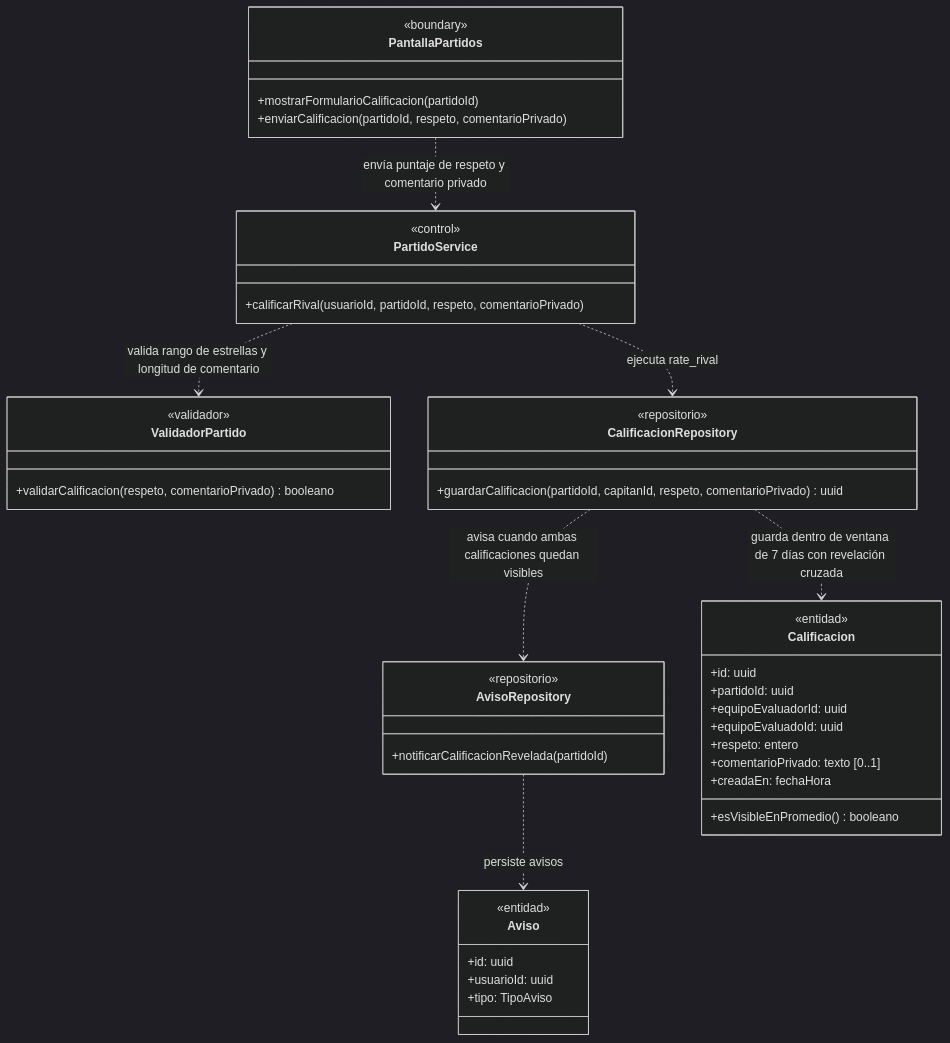
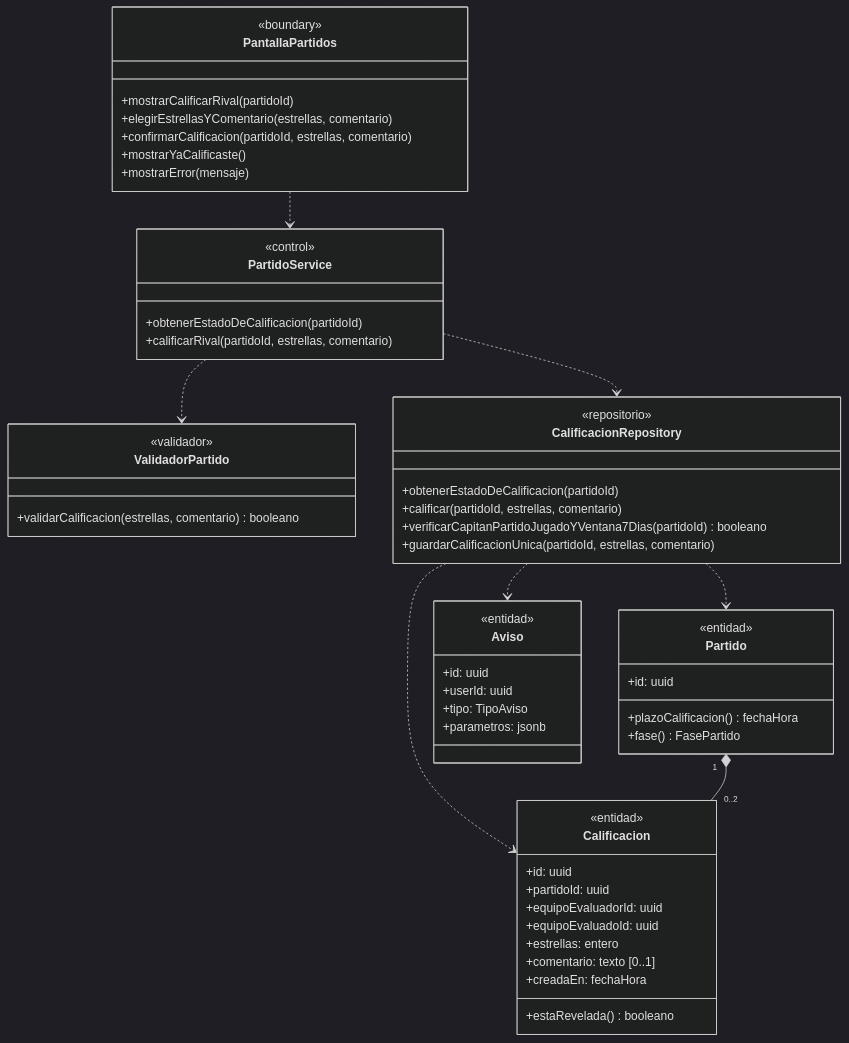
One commit to nicqletal/torneos-scraper changed diagram 14 of 15 in docs/diagramas-de-clase/partidos.md. Above: the diagram before and after it, drawn with Mermaid (dark theme). The commit also changed other lines of this file and 13 other files, not shown here.

````diff
--- a/docs/diagramas-de-clase/partidos.md
+++ b/docs/diagramas-de-clase/partidos.md
@@ -868,48 +1073,58 @@
 ```mermaid
 classDiagram
-direction TB
 class PantallaPartidos {
   <<boundary>>
-  +mostrarFormularioCalificacion(partidoId)
-  +enviarCalificacion(partidoId, respeto, comentarioPrivado)
+  +mostrarCalificarRival(partidoId)
+  +elegirEstrellasYComentario(estrellas, comentario)
+  +confirmarCalificacion(partidoId, estrellas, comentario)
+  +mostrarYaCalificaste()
+  +mostrarError(mensaje)
 }
 class PartidoService {
   <<control>>
-  +calificarRival(usuarioId, partidoId, respeto, comentarioPrivado)
+  +obtenerEstadoDeCalificacion(partidoId)
+  +calificarRival(partidoId, estrellas, comentario)
 }
 class ValidadorPartido {
   <<validador>>
-  +validarCalificacion(respeto, comentarioPrivado) booleano
+  +validarCalificacion(estrellas, comentario) booleano
 }
 class CalificacionRepository {
   <<repositorio>>
-  +guardarCalificacion(partidoId, capitanId, respeto, comentarioPrivado) uuid
-}
-class AvisoRepository {
-  <<repositorio>>
-  +notificarCalificacionRevelada(partidoId)
+  +obtenerEstadoDeCalificacion(partidoId)
+  +calificar(partidoId, estrellas, comentario)
+  +verificarCapitanPartidoJugadoYVentana7Dias(partidoId) booleano
+  +guardarCalificacionUnica(partidoId, estrellas, comentario)
 }
 class Calificacion {
   <<entidad>>
   +id: uuid
   +partidoId: uuid
   +equipoEvaluadorId: uuid
   +equipoEvaluadoId: uuid
-  +respeto: entero
-  +comentarioPrivado: texto [0..1]
+  +estrellas: entero
+  +comentario: texto [0..1]
   +creadaEn: fechaHora
-  +esVisibleEnPromedio() booleano
+  +estaRevelada() booleano
+}
+class Partido {
+  <<entidad>>
+  +id: uuid
+  +plazoCalificacion() fechaHora
+  +fase() FasePartido
 }
 class Aviso {
   <<entidad>>
   +id: uuid
-  +usuarioId: uuid
+  +userId: uuid
   +tipo: TipoAviso
+  +parametros: jsonb
 }
-PantallaPartidos ..> PartidoService : envía puntaje de respeto y comentario privado
-PartidoService ..> ValidadorPartido : valida rango de estrellas y longitud de comentario
-PartidoService ..> CalificacionRepository : ejecuta rate_rival
-CalificacionRepository ..> Calificacion : guarda dentro de ventana de 7 días con revelación cruzada
-CalificacionRepository ..> AvisoRepository : avisa cuando ambas calificaciones quedan visibles
-AvisoRepository ..> Aviso : persiste avisos
+PantallaPartidos ..> PartidoService
+PartidoService ..> ValidadorPartido
+PartidoService ..> CalificacionRepository
+CalificacionRepository ..> Calificacion
+CalificacionRepository ..> Partido
+CalificacionRepository ..> Aviso
+Partido "1" *-- "0..2" Calificacion
 ```
````
